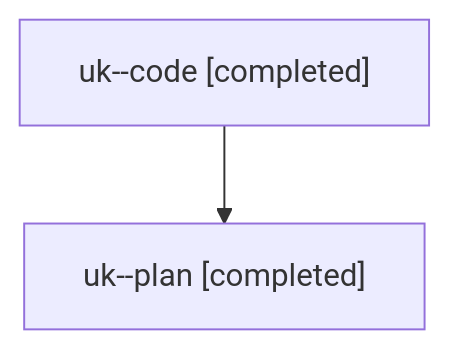
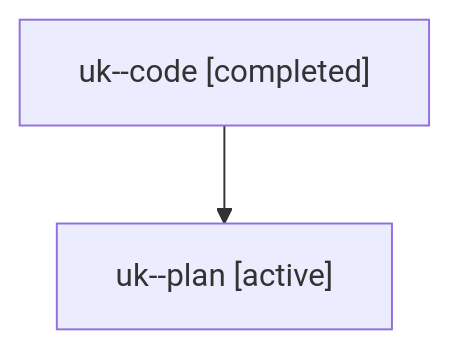
One commit to sase-org/sase--agents changed the diagram in families/bbugyi200.athena.uk.md. Above: the diagram before and after it, drawn with Mermaid. The commit also changed other lines of this file and 4556 other files, not shown here.

````diff
--- a/families/bbugyi200.athena.uk.md
+++ b/families/bbugyi200.athena.uk.md
@@ -9,6 +9,6 @@
 ```mermaid
 flowchart TD
   n0["uk--code [completed]"]
-  n1["uk--plan [completed]"]
+  n1["uk--plan [active]"]
   n0 --> n1
 ```
````
